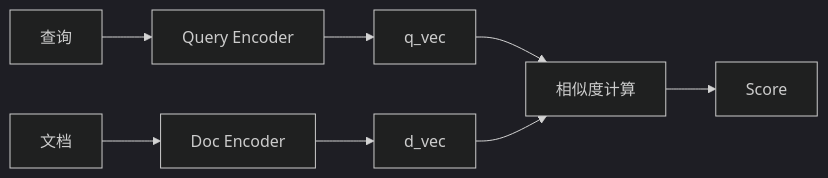
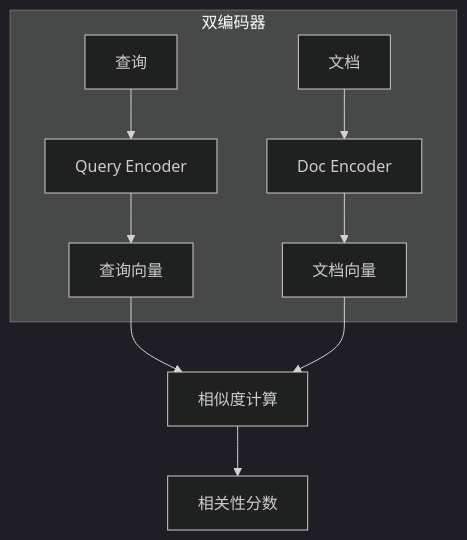
The second of 4 diagrams in retrieval/dense-retrieval.md (KasonLee-marker/ai-agent-interview-questions), drawn with Mermaid (dark theme) before and after one commit. The commit also changed other lines of this file, not shown here.

````diff
--- a/retrieval/dense-retrieval.md
+++ b/retrieval/dense-retrieval.md
@@ -296,13 +49,13 @@
 ```mermaid
-flowchart LR
-    Q["查询"] --> QE["Query Encoder"]
-    D["文档"] --> DE["Doc Encoder"]
+flowchart TB
+    subgraph 双编码器
+        A[查询] --> E1[Query Encoder]
+        D[文档] --> E2[Doc Encoder]
+        E1 --> V1[查询向量]
+        E2 --> V2[文档向量]
+    end
     
-    QE --> QV["q_vec"]
-    DE --> DV["d_vec"]
-    
-    QV --> S["相似度计算"]
-    DV --> S
-    
-    S --> Score["Score"]
+    V1 --> S[相似度计算]
+    V2 --> S
+    S --> R[相关性分数]
 ```
````
